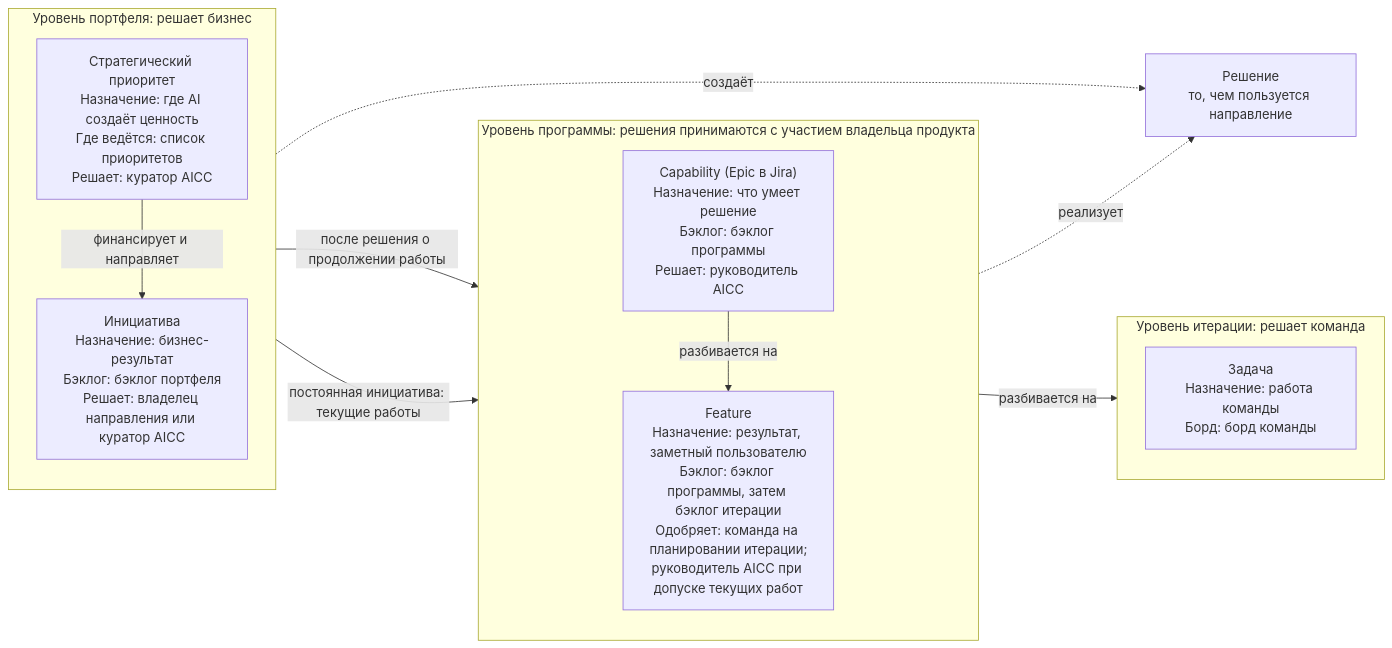
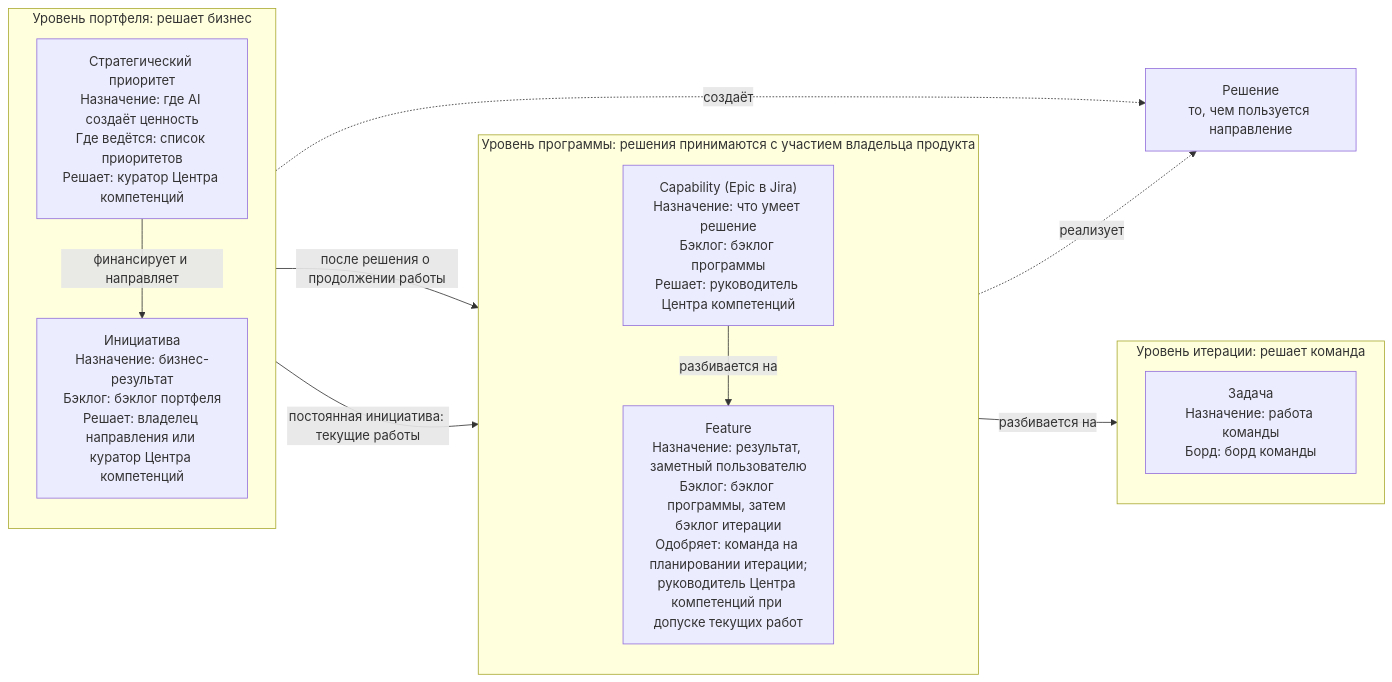
One commit to devhogu/ob-aicc changed the first of 13 diagrams in charter/ru/documents/solution-lifecycle-model.md. Above: the diagram before and after it, drawn with Mermaid. The commit also changed other lines of this file and 1149 other files, not shown here.

````diff
--- a/charter/ru/documents/solution-lifecycle-model.md
+++ b/charter/ru/documents/solution-lifecycle-model.md
@@ -63,24 +63,24 @@
 ```mermaid
 flowchart LR
   subgraph PORT["Уровень портфеля: решает бизнес"]
     direction TB
-    SP["Стратегический приоритет<br/>Назначение: где AI создаёт ценность<br/>Где ведётся: список приоритетов<br/>Решает: куратор AICC"]
-    INI["Инициатива<br/>Назначение: бизнес-результат<br/>Бэклог: бэклог портфеля<br/>Решает: владелец направления или куратор AICC"]
+    SP["Стратегический приоритет<br/>Назначение: где AI создаёт ценность<br/>Где ведётся: список приоритетов<br/>Решает: куратор Центра компетенций"]
+    INI["Инициатива<br/>Назначение: бизнес-результат<br/>Бэклог: бэклог портфеля<br/>Решает: владелец направления или куратор Центра компетенций"]
     SP -->|финансирует и направляет| INI
   end
   subgraph PROG["Уровень программы: решения принимаются с участием владельца продукта"]
     direction TB
-    CAP["Capability (Epic в Jira)<br/>Назначение: что умеет решение<br/>Бэклог: бэклог программы<br/>Решает: руководитель AICC"]
-    FT["Feature<br/>Назначение: результат, заметный пользователю<br/>Бэклог: бэклог программы, затем бэклог итерации<br/>Одобряет: команда на планировании итерации;<br/>руководитель AICC при допуске текущих работ"]
+    CAP["Capability (Epic в Jira)<br/>Назначение: что умеет решение<br/>Бэклог: бэклог программы<br/>Решает: руководитель Центра компетенций"]
+    FT["Feature<br/>Назначение: результат, заметный пользователю<br/>Бэклог: бэклог программы, затем бэклог итерации<br/>Одобряет: команда на планировании итерации;<br/>руководитель Центра компетенций при допуске текущих работ"]
     CAP -->|разбивается на| FT
   end
   subgraph ITER["Уровень итерации: решает команда"]
     direction TB
     WI["Задача<br/>Назначение: работа команды<br/>Борд: борд команды"]
   end
   INI -->|после решения о продолжении работы| CAP
   INI -->|постоянная инициатива: текущие работы| FT
   FT -->|разбивается на| WI
   INI -.->|создаёт| SOL["Решение<br/>то, чем пользуется направление"]
   CAP -.->|реализует| SOL
 ```
````
